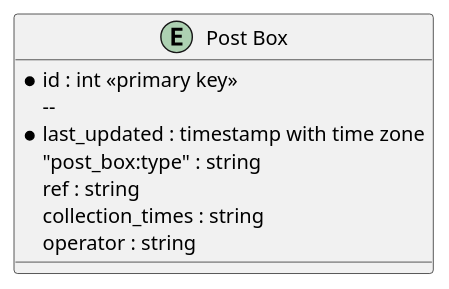
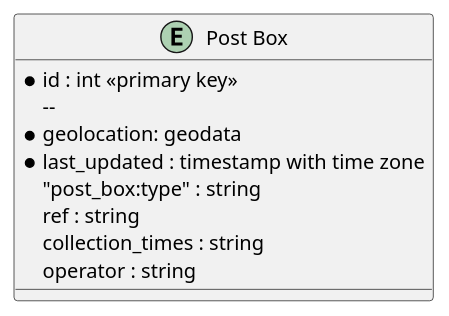
One commit to SK53/plantuml_test changed the diagram in assets/postbox0.iuml. Above: the diagram before and after it, drawn with PlantUML.

Commit message:
add geolocation

```diff
--- a/assets/postbox0.iuml
+++ b/assets/postbox0.iuml
@@ -1,15 +1,16 @@
 @startuml
 
 
 entity "Post Box" as amenity=post_box {
 
   *id : int <<primary key>>
   --
+  * geolocation: geodata
   *last_updated : timestamp with time zone
   "post_box:type" : string
   ref : string
   collection_times : string
   operator : string
 }
 
 @enduml
```
